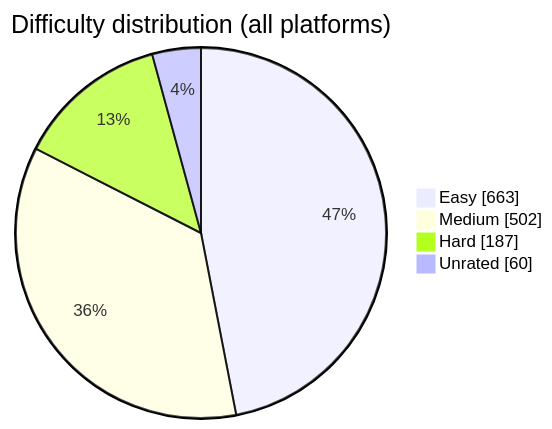
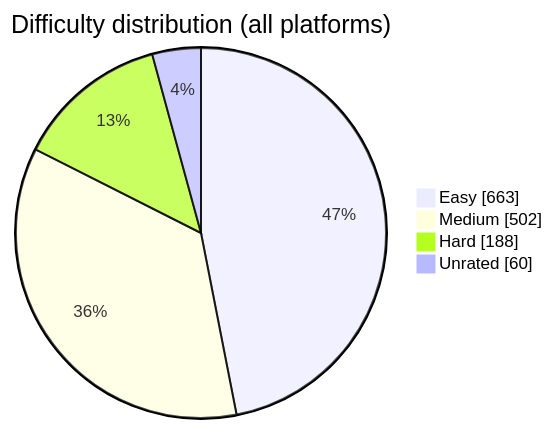
The diagram in README.md (BuildbyArindam/Daily-Coding-Log), drawn with Mermaid before and after one commit. The commit also changed other lines of this file, not shown here.

````diff
--- a/README.md
+++ b/README.md
@@ -93,7 +93,7 @@
 ```mermaid
 pie showData title Difficulty distribution (all platforms)
     "Easy" : 663
     "Medium" : 502
-    "Hard" : 187
+    "Hard" : 188
     "Unrated" : 60
 ```
````
